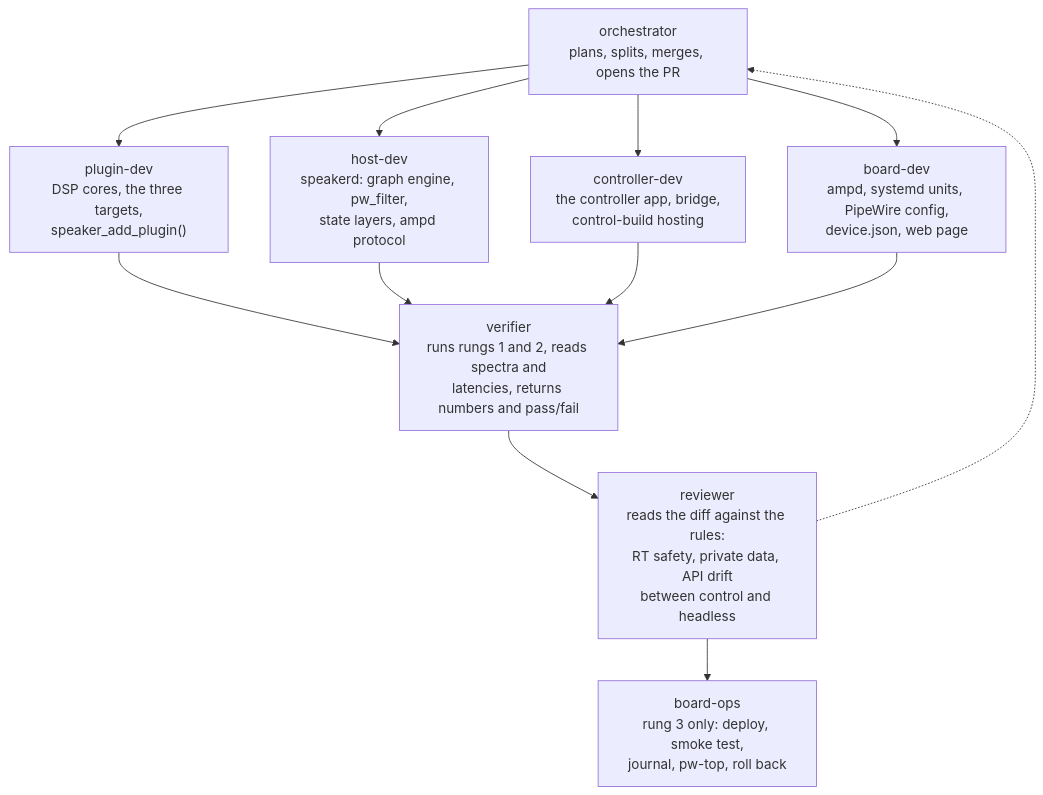
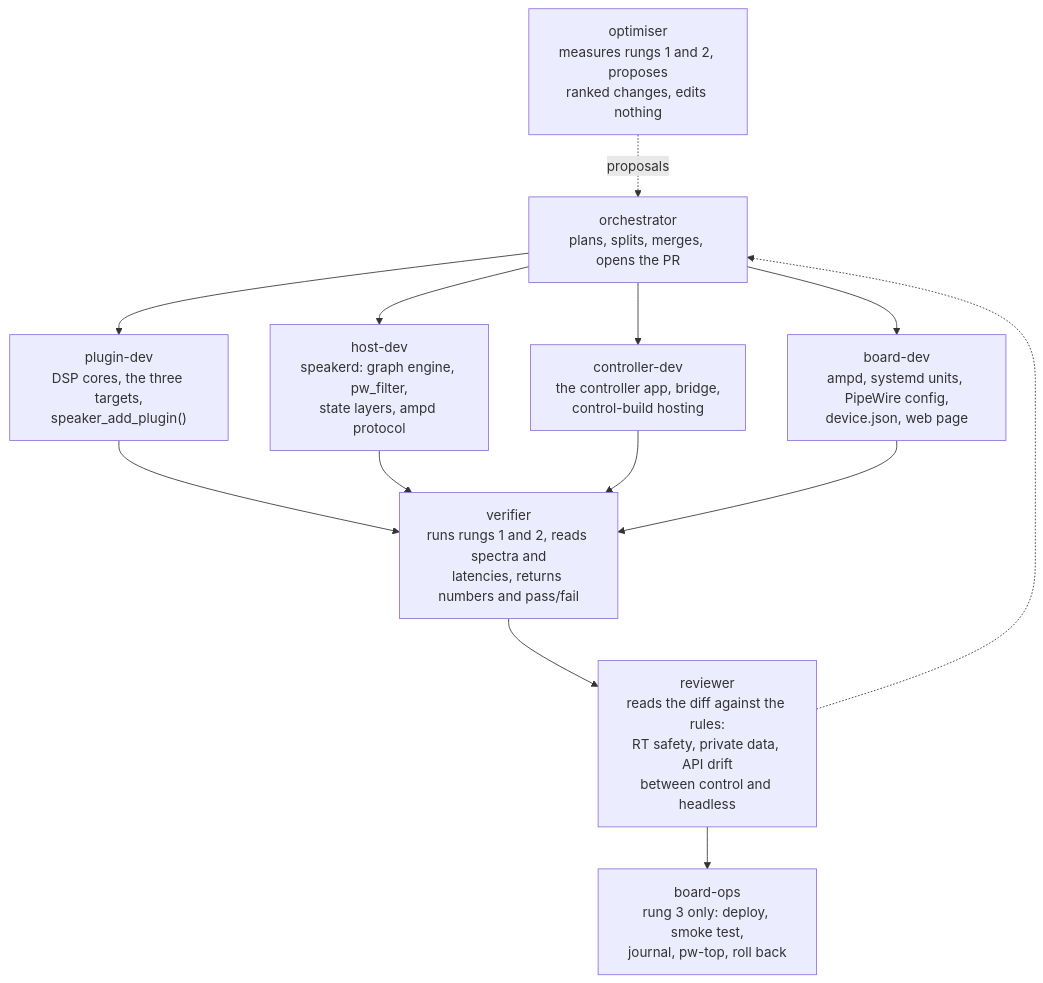
Before and after one commit to AMuszkat/bpi_amp_platform: the third of 6 diagrams in docs/autonomous-development.md, drawn with Mermaid. The commit also changed other lines of this file and 3 other files, not shown here.

First line of the commit message:
agents: the optimiser, which measures and proposes

````diff
--- a/docs/autonomous-development.md
+++ b/docs/autonomous-development.md
@@ -179,12 +179,13 @@
 ```mermaid
 flowchart TB
     orch["orchestrator<br/>plans, splits, merges, opens the PR"]
     orch --> pd["plugin-dev<br/>DSP cores, the three targets,<br/>speaker_add_plugin()"]
     orch --> hd["host-dev<br/>speakerd: graph engine, pw_filter,<br/>state layers, ampd protocol"]
     orch --> cd["controller-dev<br/>the controller app, bridge,<br/>control-build hosting"]
     orch --> bd["board-dev<br/>ampd, systemd units, PipeWire config,<br/>device.json, web page"]
     pd & hd & cd & bd --> ver["verifier<br/>runs rungs 1 and 2, reads spectra and<br/>latencies, returns numbers and pass/fail"]
     ver --> rev["reviewer<br/>reads the diff against the rules:<br/>RT safety, private data, API drift<br/>between control and headless"]
     rev --> ops["board-ops<br/>rung 3 only: deploy, smoke test,<br/>journal, pw-top, roll back"]
     rev -.-> orch
+    opt["optimiser<br/>measures rungs 1 and 2, proposes<br/>ranked changes, edits nothing"] -. "proposals" .-> orch
 ```
````
